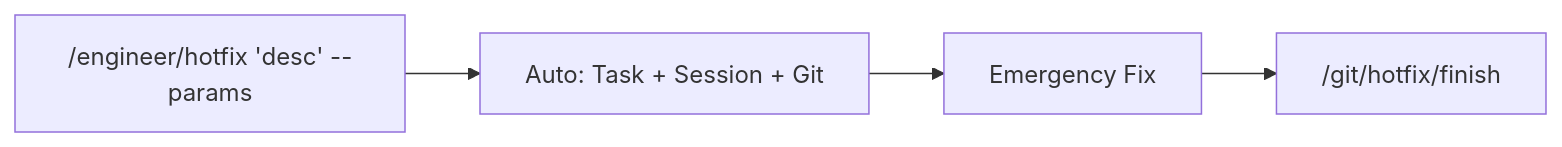
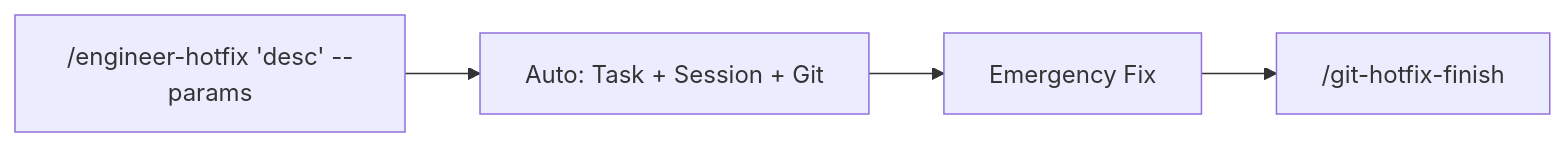
Before and after one commit to marciocar/onion-cursor: the fifth of 5 diagrams in .cursor/skills/git-readme/SKILL.md, drawn with Mermaid. The commit also changed other lines of this file and 239 other files, not shown here.

````diff
--- a/.cursor/skills/git-readme/SKILL.md
+++ b/.cursor/skills/git-readme/SKILL.md
@@ -207,6 +207,6 @@
 ```mermaid
 flowchart LR
-    A["/engineer/hotfix 'desc' --params"] --> B["Auto: Task + Session + Git"]
+    A["/engineer-hotfix 'desc' --params"] --> B["Auto: Task + Session + Git"]
     B --> C["Emergency Fix"]
-    C --> D["/git/hotfix/finish"]
+    C --> D["/git-hotfix-finish"]
 ```
````
